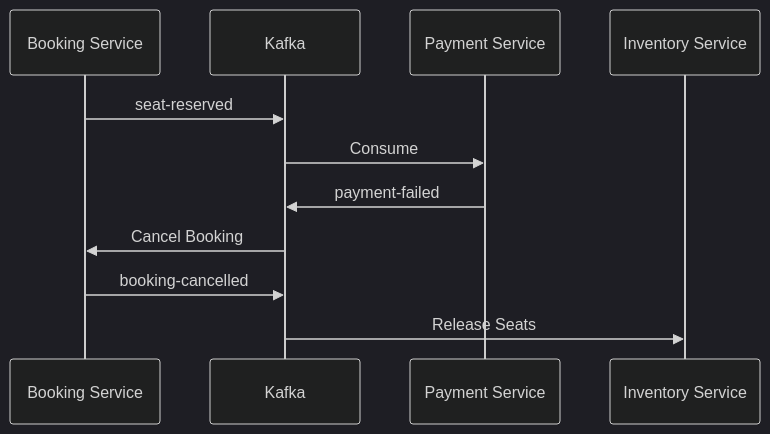
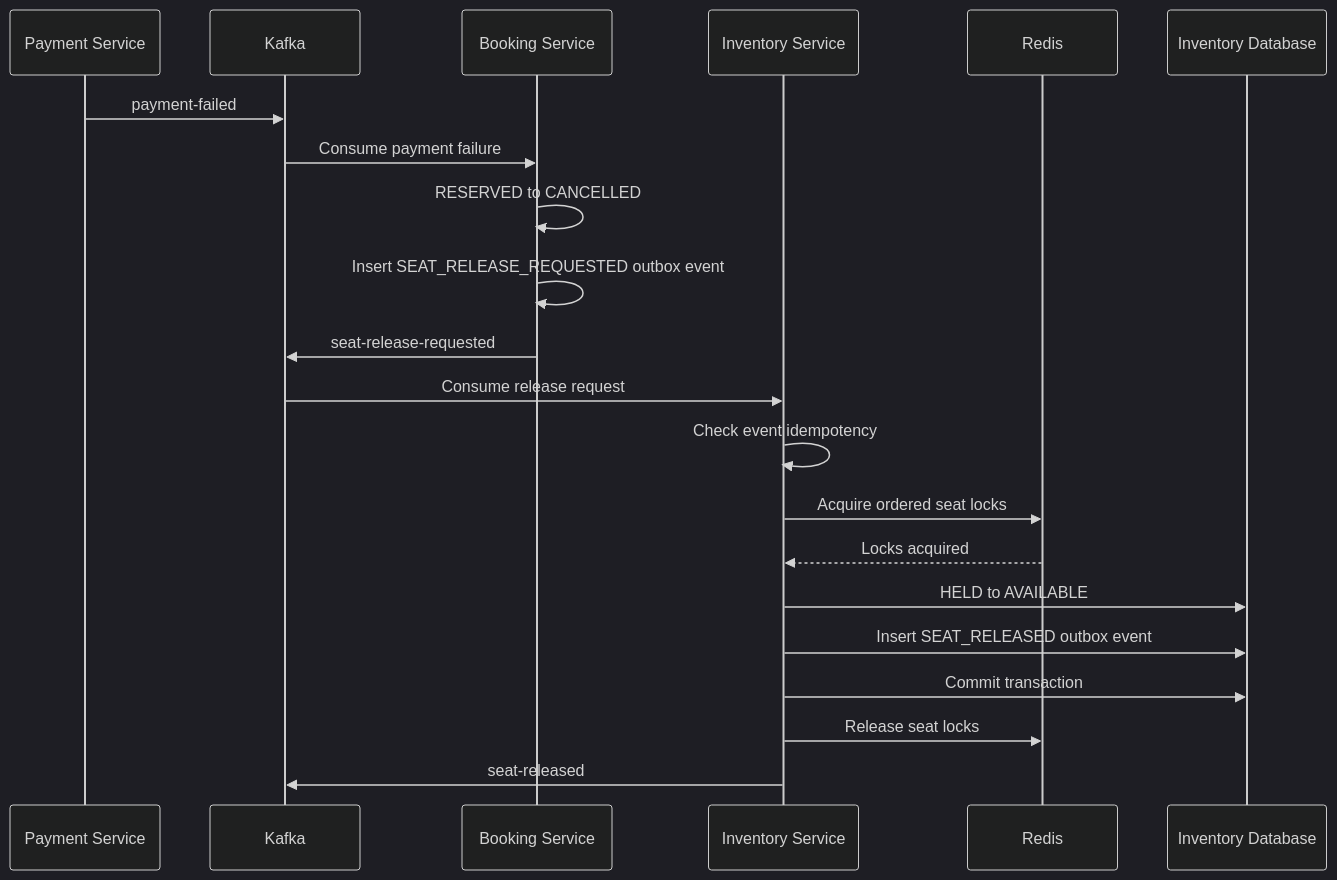
Before and after one commit to HuyKunNe/cinema-system: the third of 8 diagrams in docs/13_SEQUENCE_DIAGRAMS.md, drawn with Mermaid (dark theme). The commit also changed other lines of this file and 10 other files, not shown here.

````diff
--- a/docs/13_SEQUENCE_DIAGRAMS.md
+++ b/docs/13_SEQUENCE_DIAGRAMS.md
@@ -51,15 +97,27 @@
 ```mermaid
 sequenceDiagram
+    participant Payment as Payment Service
+    participant Kafka
+    participant Booking as Booking Service
+    participant Inventory as Inventory Service
+    participant Redis
+    participant InventoryDB as Inventory Database
 
-Booking Service->>Kafka: seat-reserved
+    Payment->>Kafka: payment-failed
+    Kafka->>Booking: Consume payment failure
 
-Kafka->>Payment Service: Consume
+    Booking->>Booking: RESERVED to CANCELLED
+    Booking->>Booking: Insert SEAT_RELEASE_REQUESTED outbox event
+    Booking->>Kafka: seat-release-requested
 
-Payment Service->>Kafka: payment-failed
+    Kafka->>Inventory: Consume release request
+    Inventory->>Inventory: Check event idempotency
+    Inventory->>Redis: Acquire ordered seat locks
+    Redis-->>Inventory: Locks acquired
 
-Kafka->>Booking Service: Cancel Booking
-
-Booking Service->>Kafka: booking-cancelled
-
-Kafka->>Inventory Service: Release Seats
+    Inventory->>InventoryDB: HELD to AVAILABLE
+    Inventory->>InventoryDB: Insert SEAT_RELEASED outbox event
+    Inventory->>InventoryDB: Commit transaction
+    Inventory->>Redis: Release seat locks
+    Inventory->>Kafka: seat-released
 ```
````
